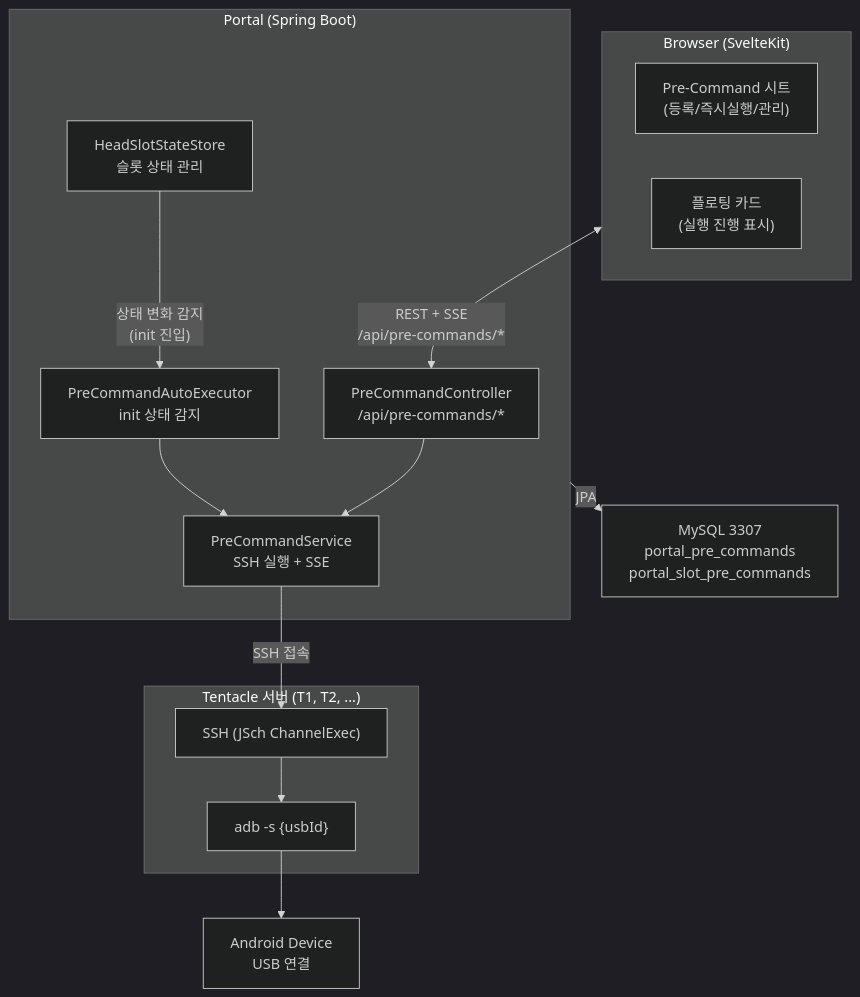
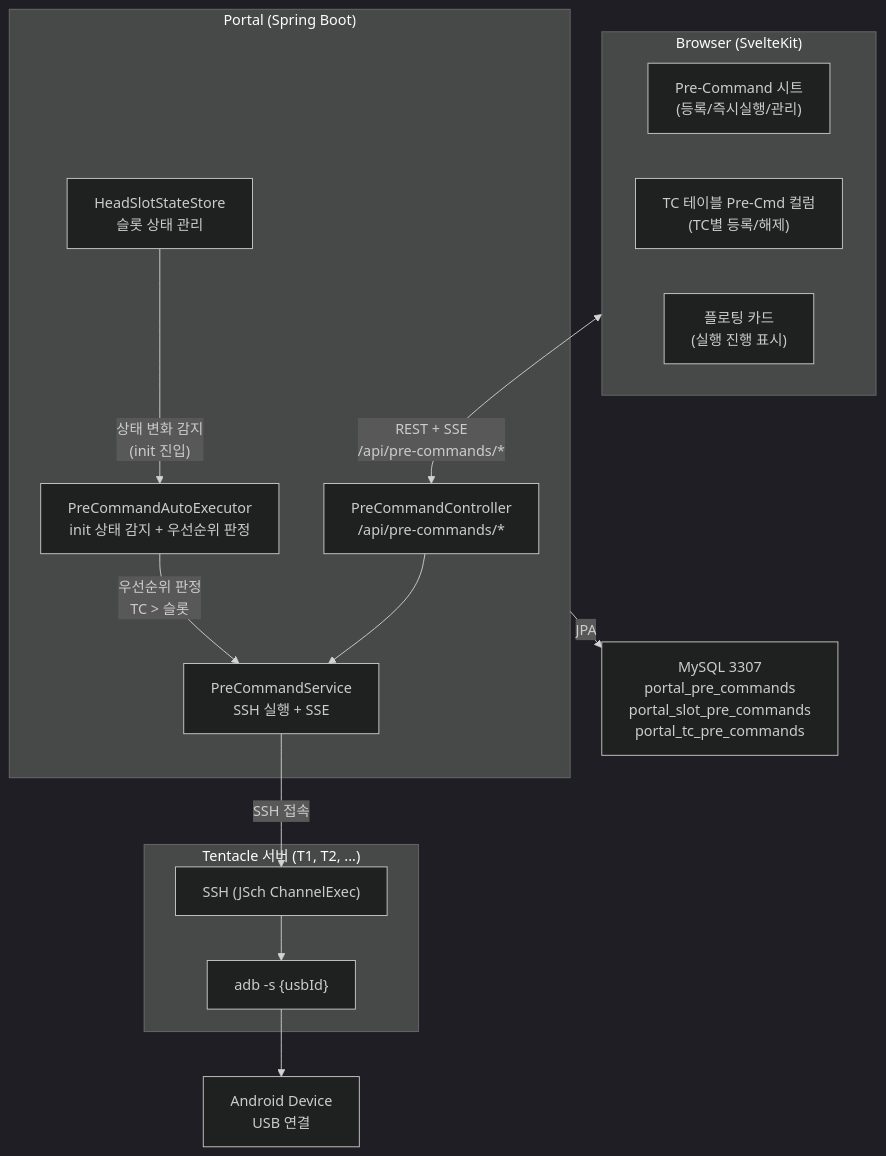
Before and after one commit to kakaromo/kakaromo.github.io: the first of 5 diagrams in src/content/docs/architecture/pre-command.md, drawn with Mermaid (dark theme). The commit also changed other lines of this file and 5 other files, not shown here.

First line of the commit message:
docs: Pre-Command 문서 전면 재작성 — 슬롯/TC 통합, 아키텍처/API/실행흐름

````diff
--- a/src/content/docs/architecture/pre-command.md
+++ b/src/content/docs/architecture/pre-command.md
@@ -10,30 +10,31 @@
 ```mermaid
 flowchart TD
     subgraph Browser ["Browser (SvelteKit)"]
         UI["Pre-Command 시트\n(등록/즉시실행/관리)"]
+        TC_UI["TC 테이블 Pre-Cmd 컬럼\n(TC별 등록/해제)"]
         FC["플로팅 카드\n(실행 진행 표시)"]
     end
 
     subgraph Portal ["Portal (Spring Boot)"]
         CTRL["PreCommandController\n/api/pre-commands/*"]
         SVC["PreCommandService\nSSH 실행 + SSE"]
-        AUTO["PreCommandAutoExecutor\ninit 상태 감지"]
+        AUTO["PreCommandAutoExecutor\ninit 상태 감지 + 우선순위 판정"]
         STORE["HeadSlotStateStore\n슬롯 상태 관리"]
     end
 
     subgraph Tentacle ["Tentacle 서버 (T1, T2, ...)"]
         SSH["SSH (JSch ChannelExec)"]
         ADB["adb -s {usbId}"]
     end
 
     Browser <-->|"REST + SSE\n/api/pre-commands/*"| CTRL
     CTRL --> SVC
     SVC -->|"SSH 접속"| SSH
     SSH --> ADB
     ADB --> Device["Android Device\nUSB 연결"]
 
     STORE -->|"상태 변화 감지\n(init 진입)"| AUTO
-    AUTO --> SVC
+    AUTO -->|"우선순위 판정\nTC > 슬롯"| SVC
 
-    Portal -->|JPA| DB["MySQL 3307\nportal_pre_commands\nportal_slot_pre_commands"]
+    Portal -->|JPA| DB["MySQL 3307\nportal_pre_commands\nportal_slot_pre_commands\nportal_tc_pre_commands"]
 ```
````
